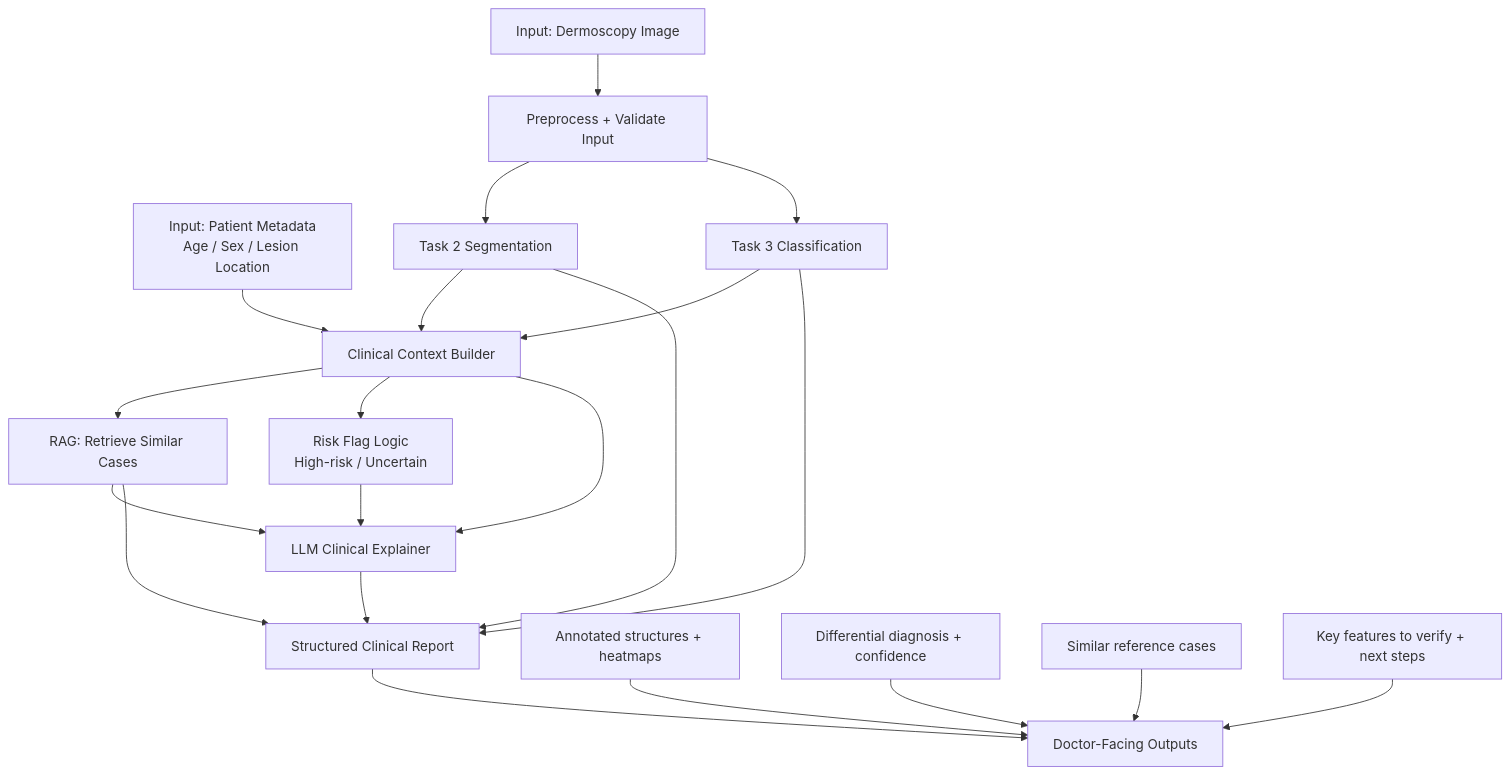
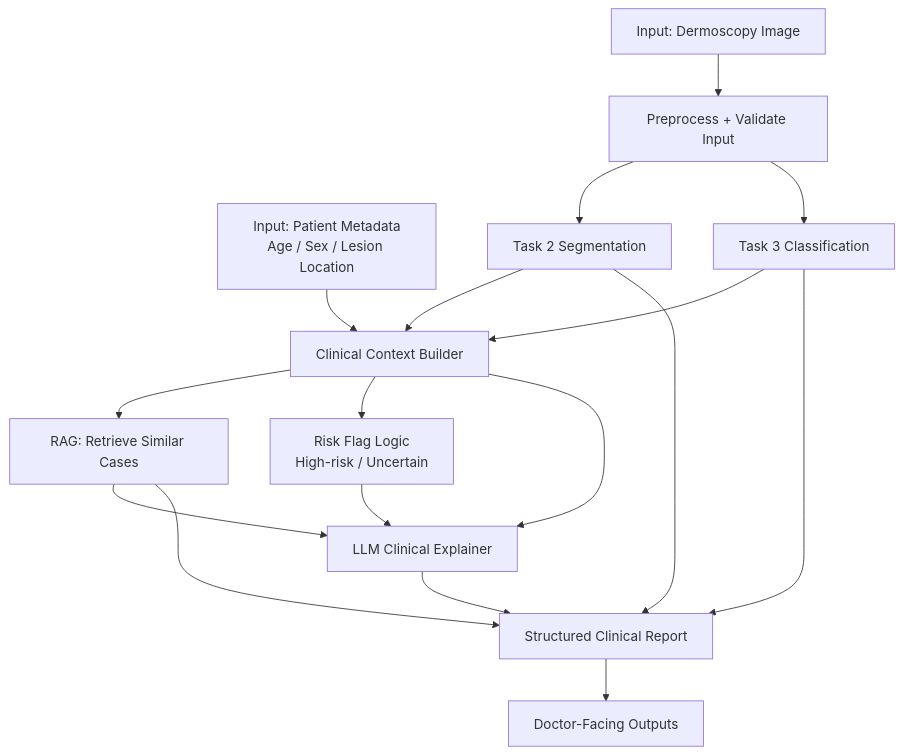
The second of 2 diagrams in README.md (nhatky160103/Dermai-clinical-assistant-demo), drawn with Mermaid before and after one commit. The commit also changed other lines of this file and 17 other files, not shown here.

````diff
--- a/README.md
+++ b/README.md
@@ -31,24 +55,19 @@
 ```mermaid
 flowchart TD
     A[Input: Dermoscopy Image] --> C[Preprocess + Validate Input]
     B[Input: Patient Metadata<br/>Age / Sex / Lesion Location] --> D[Clinical Context Builder]
     C --> E[Task 2 Segmentation]
     C --> F[Task 3 Classification]
     E --> D
     F --> D
     D --> G[RAG: Retrieve Similar Cases]
     D --> H[Risk Flag Logic<br/>High-risk / Uncertain]
     G --> I[LLM Clinical Explainer]
     D --> I
     H --> I
     I --> J[Structured Clinical Report]
     E --> J
     F --> J
     G --> J
     J --> K[Doctor-Facing Outputs]
-
-    K1[Annotated structures + heatmaps] --> K
-    K2[Differential diagnosis + confidence] --> K
-    K3[Similar reference cases] --> K
-    K4[Key features to verify + next steps] --> K
 ```
````
